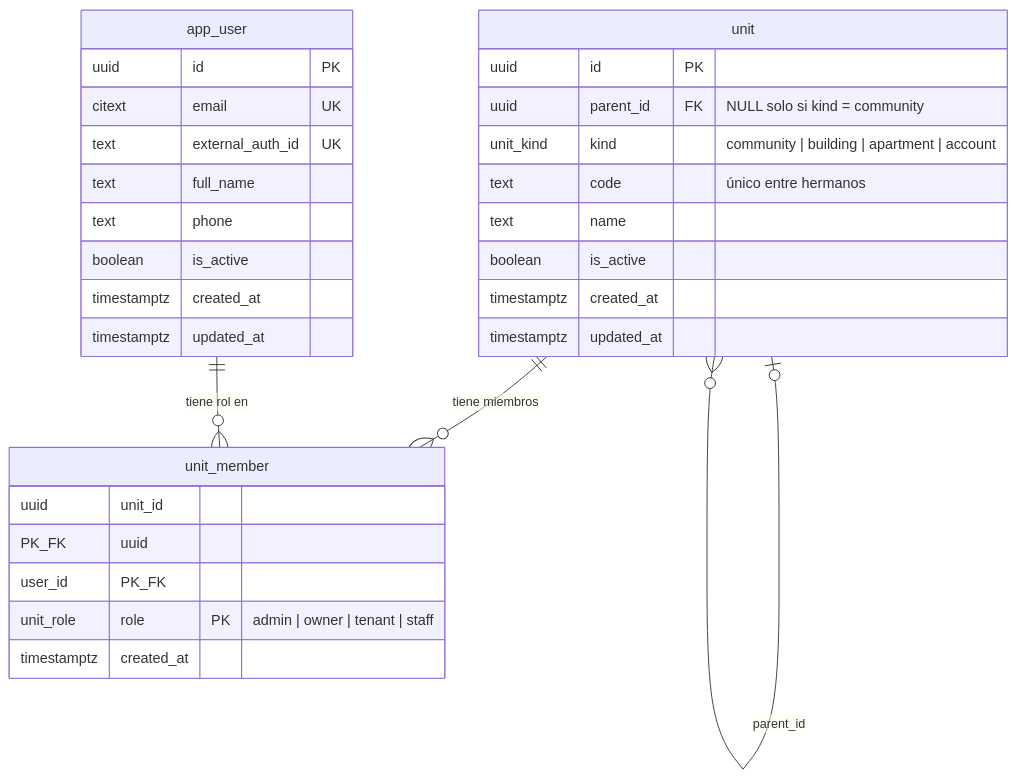
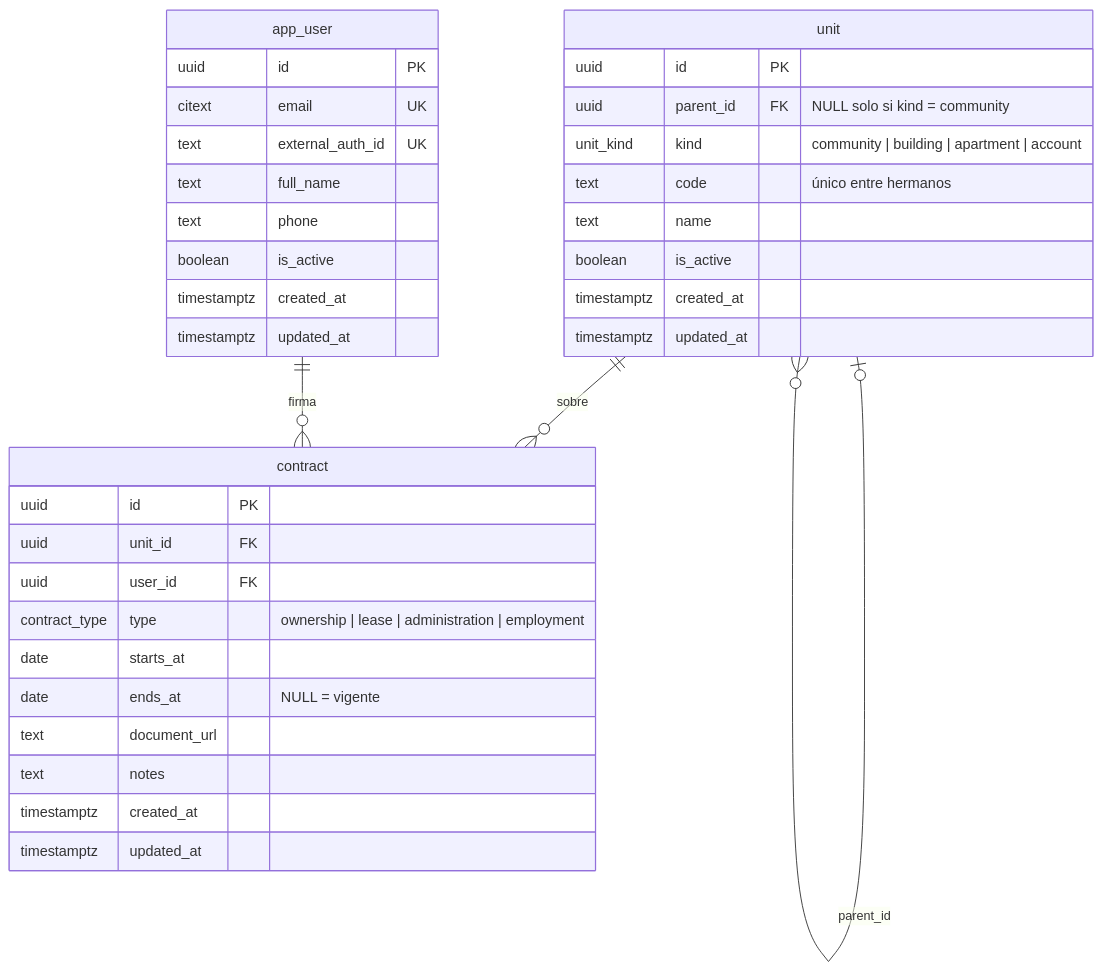
The diagram in database/modelo.mmd (MarkoDotCom/logistica-comunidad), drawn with Mermaid before and after one commit. The commit also changed 5 other files, not shown here.

First line of the commit message:
Reemplazar unit_member por contract: la relación persona-unidad es un contrato

```diff
--- a/database/modelo.mmd
+++ b/database/modelo.mmd
@@ -1,43 +1,49 @@
 %% Modelo de datos — gestión logística de comunidad (PostgreSQL)
 %% Fuente de verdad: schema.sql. Renderizar: mmdc -i modelo.mmd -o modelo.svg
-%% Esquemas: units (unit), users (app_user, unit_member), public (enums y set_updated_at)
+%% Esquemas: units (unit), users (app_user, contract), public (enums y set_updated_at)
 erDiagram
 
   %% ---------------------------------------------------------------
   %% Relaciones
   %% ---------------------------------------------------------------
   unit o|--o{ unit : "parent_id"
-  unit     ||--o{ unit_member : "tiene miembros"
-  app_user ||--o{ unit_member : "tiene rol en"
+  unit     ||--o{ contract : "sobre"
+  app_user ||--o{ contract : "firma"
 
   %% ---------------------------------------------------------------
   %% Entidades
   %% ---------------------------------------------------------------
   unit {
     uuid id PK
     uuid parent_id FK "NULL solo si kind = community"
     unit_kind kind "community | building | apartment | account"
     text code "único entre hermanos"
     text name
     boolean is_active
     timestamptz created_at
     timestamptz updated_at
   }
 
   app_user {
     uuid id PK
     citext email UK
     text external_auth_id UK
     text full_name
     text phone
     boolean is_active
     timestamptz created_at
     timestamptz updated_at
   }
 
-  unit_member {
-    uuid unit_id PK_FK
-    uuid user_id PK_FK
-    unit_role role PK "admin | owner | tenant | staff"
+  contract {
+    uuid id PK
+    uuid unit_id FK
+    uuid user_id FK
+    contract_type type "ownership | lease | administration | employment"
+    date starts_at
+    date ends_at "NULL = vigente"
+    text document_url
+    text notes
     timestamptz created_at
+    timestamptz updated_at
   }
```
